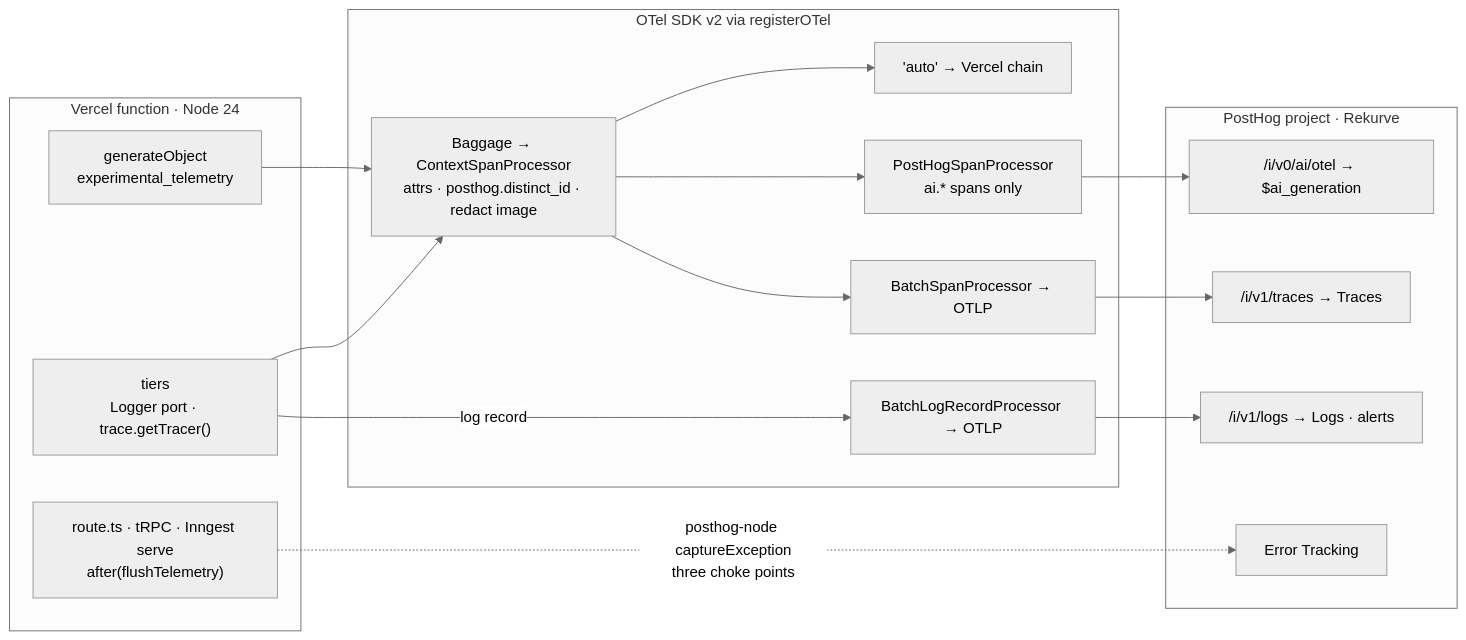
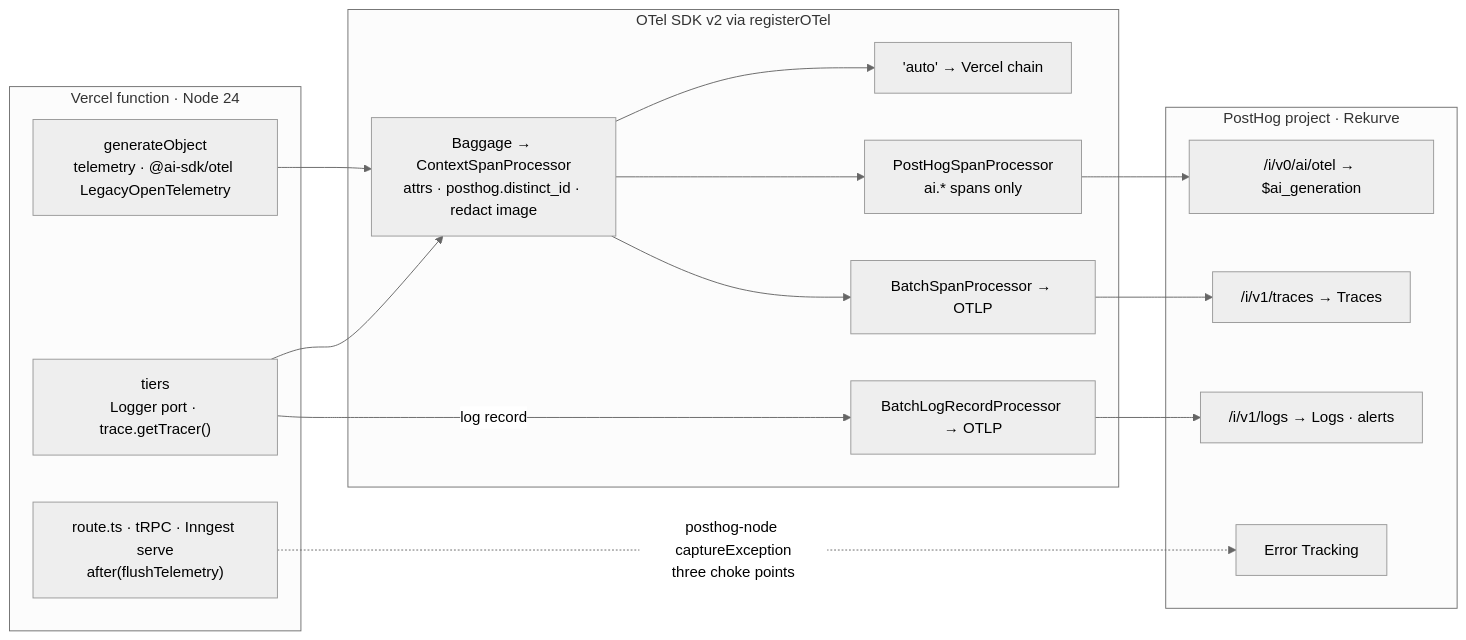
The diagram in docs/adr/adr015-posthog-over-opentelemetry-via-vercel-otel.md (samjmarshall/personal-finance), drawn with Mermaid (neutral theme) before and after one commit. The commit also changed other lines of this file and 4 other files, not shown here.

````diff
--- a/docs/adr/adr015-posthog-over-opentelemetry-via-vercel-otel.md
+++ b/docs/adr/adr015-posthog-over-opentelemetry-via-vercel-otel.md
@@ -84,28 +84,28 @@
 ```mermaid
 flowchart LR
   subgraph F["Vercel function · Node 24"]
     E["route.ts · tRPC · Inngest serve<br/>after(flushTelemetry)"]
     T["tiers<br/>Logger port · trace.getTracer()"]
-    G["generateObject<br/>experimental_telemetry"]
+    G["generateObject<br/>telemetry · @ai-sdk/otel LegacyOpenTelemetry"]
   end
   subgraph S["OTel SDK v2 via registerOTel"]
     C["Baggage → ContextSpanProcessor<br/>attrs · posthog.distinct_id · redact image"]
     A["'auto' → Vercel chain"]
     P["PostHogSpanProcessor<br/>ai.* spans only"]
     B["BatchSpanProcessor → OTLP"]
     L["BatchLogRecordProcessor → OTLP"]
   end
   subgraph H["PostHog project · Rekurve"]
     H1["/i/v0/ai/otel → $ai_generation"]
     H2["/i/v1/traces → Traces"]
     H3["/i/v1/logs → Logs · alerts"]
     H4["Error Tracking"]
   end
   T --> C
   G --> C
   C --> A
   C --> P --> H1
   C --> B --> H2
   T -->|log record| L --> H3
   E -.->|posthog-node captureException<br/>three choke points| H4
 ```
````
